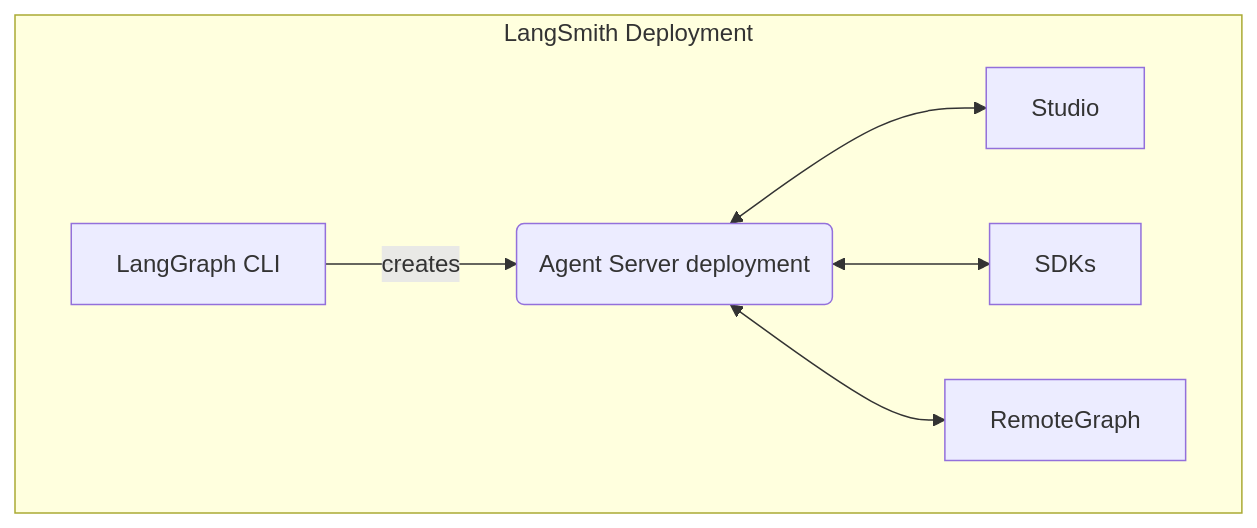
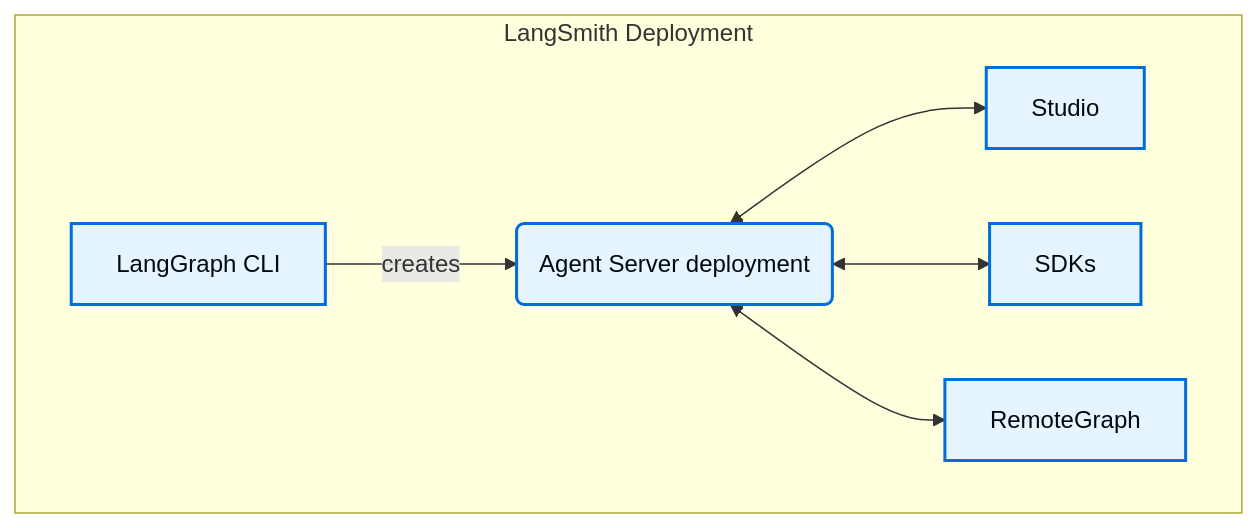
One commit to FishMage/docs changed the diagram in build/langsmith/components.mdx. Above: the diagram before and after it, drawn with Mermaid. The commit also changed other lines of this file and 3959 other files, not shown here.

````diff
--- a/build/langsmith/components.mdx
+++ b/build/langsmith/components.mdx
@@ -9,9 +10,13 @@
 ```mermaid
 flowchart
     subgraph LangSmith Deployment
         A[LangGraph CLI] -->|creates| B(Agent Server deployment)
         B <--> D[Studio]
         B <--> E[SDKs]
         B <--> F[RemoteGraph]
     end
+
+    classDef process fill:#E5F4FF,stroke:#006DDD,stroke-width:2px,color:#030710
+
+    class A,B,D,E,F process
 ```
````
